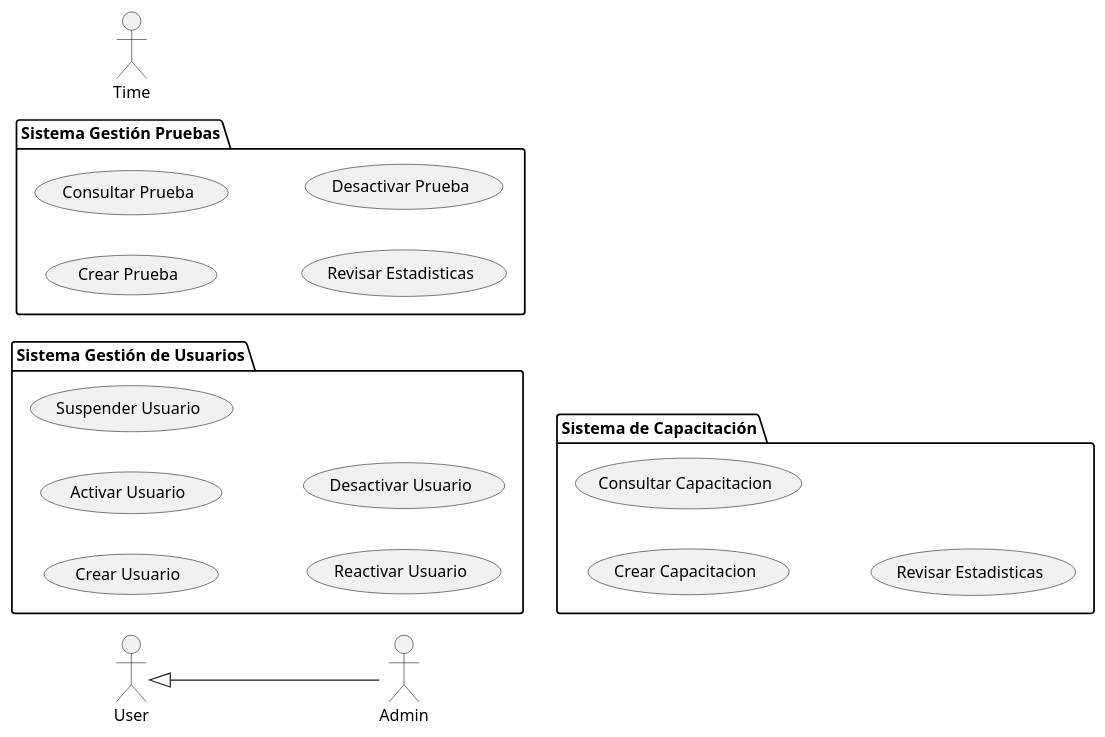
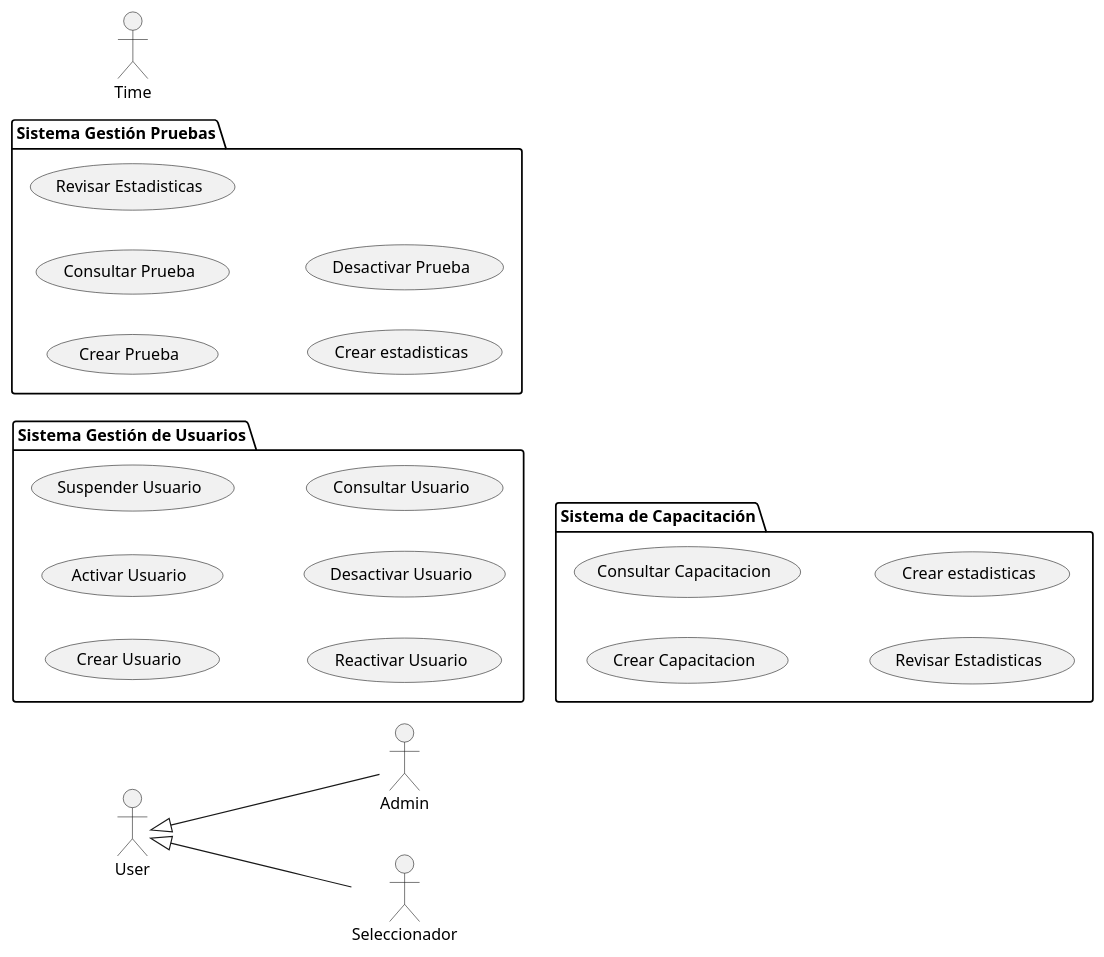
The diagram in casos_de_uso/casos_de_uso/casos_analisis_general.puml (mmasias/24-25-IdSw1-SDR), drawn with PlantUML before and after one commit. The commit also changed 1 other file, not shown here.

```diff
--- a/casos_de_uso/casos_de_uso/casos_analisis_general.puml
+++ b/casos_de_uso/casos_de_uso/casos_analisis_general.puml
@@ -1,30 +1,35 @@
 @startuml
 left to right direction
 
 actor "User" as User
 actor "Admin" as Admin
 actor "Time" as Time
+actor "Seleccionador" as Seleccionador
 Admin -u-|> User
+Seleccionador -u-|> User
 
 
 package "Sistema Gestión de Usuarios" {
     usecase "Crear Usuario" as UCU1
     usecase "Activar Usuario" as UCU2
     usecase "Suspender Usuario" as UCU3
     usecase "Reactivar Usuario" as UCU4
     usecase "Desactivar Usuario" as UCU5
+    usecase "Consultar Usuario" as UCU6
 }
 
 package "Sistema Gestión Pruebas" {
-    usecase "Crear Prueba" as UCU6
-    usecase "Consultar Prueba" as UCU7
-    usecase "Revisar Estadisticas" as UCU8
-    usecase "Desactivar Prueba" as UCU9
+    usecase "Crear Prueba" as UCU7
+    usecase "Consultar Prueba" as UCU8
+    usecase "Revisar Estadisticas" as UCU9
+    usecase "Crear estadisticas" as UCU10
+    usecase "Desactivar Prueba" as UCU11
 }
 
 package "Sistema de Capacitación" {
-    usecase "Crear Capacitacion" as UCU10
-    usecase "Consultar Capacitacion" as UCU11
-    usecase "Revisar Estadisticas" as UCU12
+    usecase "Crear Capacitacion" as UCU12
+    usecase "Consultar Capacitacion" as UCU13
+    usecase "Revisar Estadisticas" as UCU14
+    usecase "Crear estadisticas" as UCU15
 }
 @enduml
```
